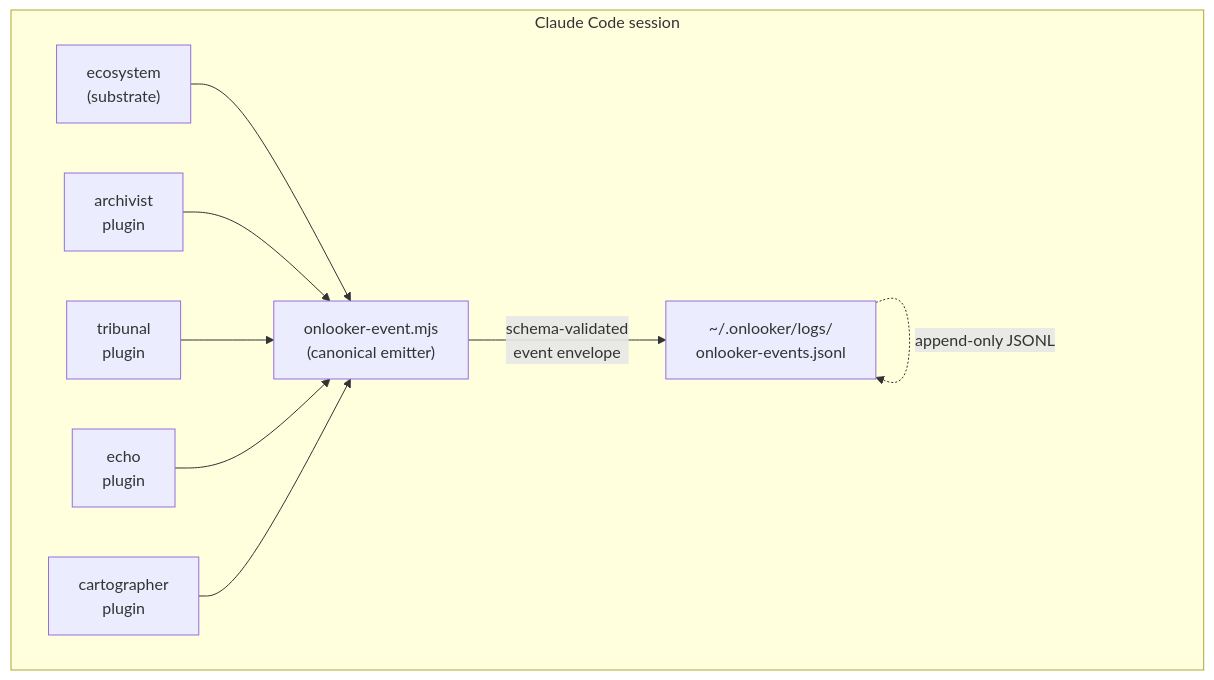
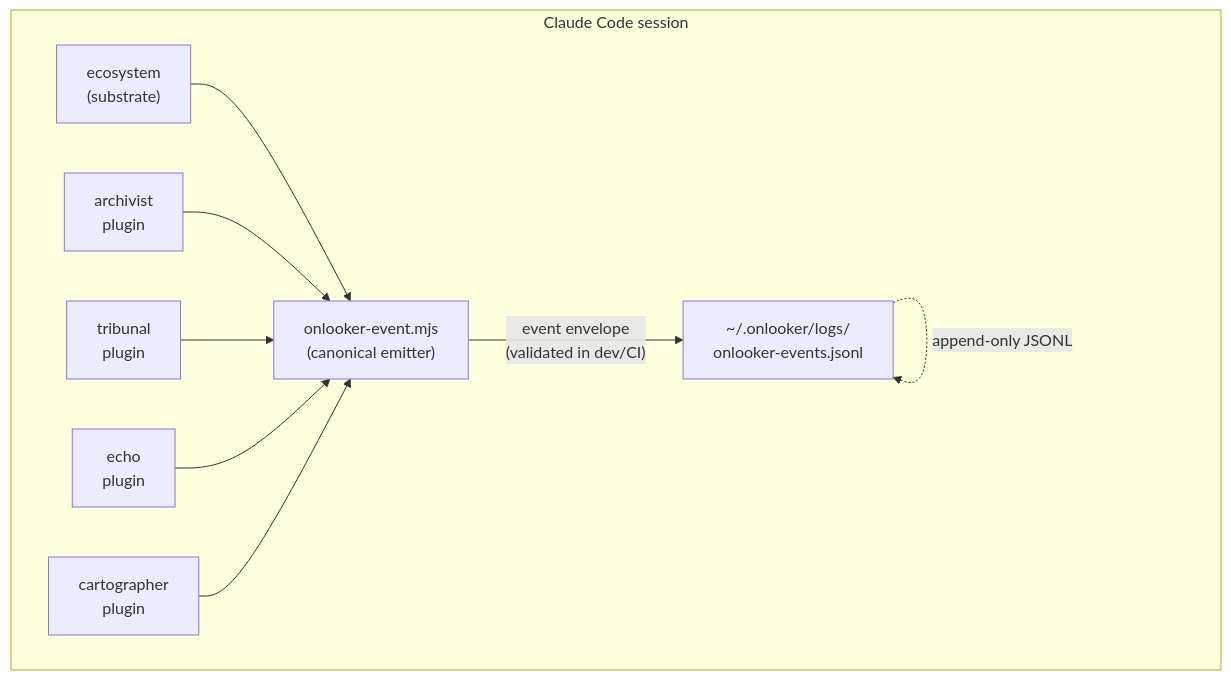
Before and after one commit to onlooker-community/ecosystem: the diagram in docs/architecture.md, drawn with Mermaid. The commit also changed other lines of this file and 7 other files, not shown here.

````diff
--- a/docs/architecture.md
+++ b/docs/architecture.md
@@ -7,22 +7,22 @@
 ```mermaid
 flowchart TB
     subgraph session["Claude Code session"]
         ecosystem["ecosystem<br/>(substrate)"]
         archivist["archivist<br/>plugin"]
         tribunal["tribunal<br/>plugin"]
         echo["echo<br/>plugin"]
         cartographer["cartographer<br/>plugin"]
 
         emitter["onlooker-event.mjs<br/>(canonical emitter)"]
         log["~/.onlooker/logs/<br/>onlooker-events.jsonl"]
 
         ecosystem --> emitter
         archivist --> emitter
         tribunal --> emitter
         echo --> emitter
         cartographer --> emitter
 
-        emitter -->|"schema-validated<br/>event envelope"| log
+        emitter -->|"event envelope<br/>(validated in dev/CI)"| log
         log -.->|"append-only JSONL"| log
     end
 ```
````
